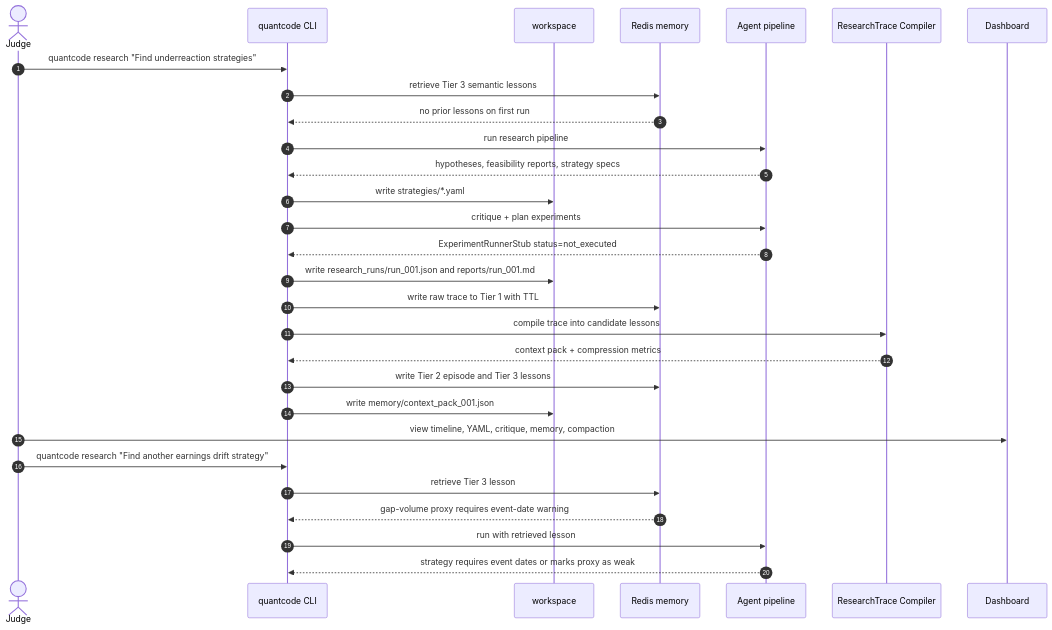
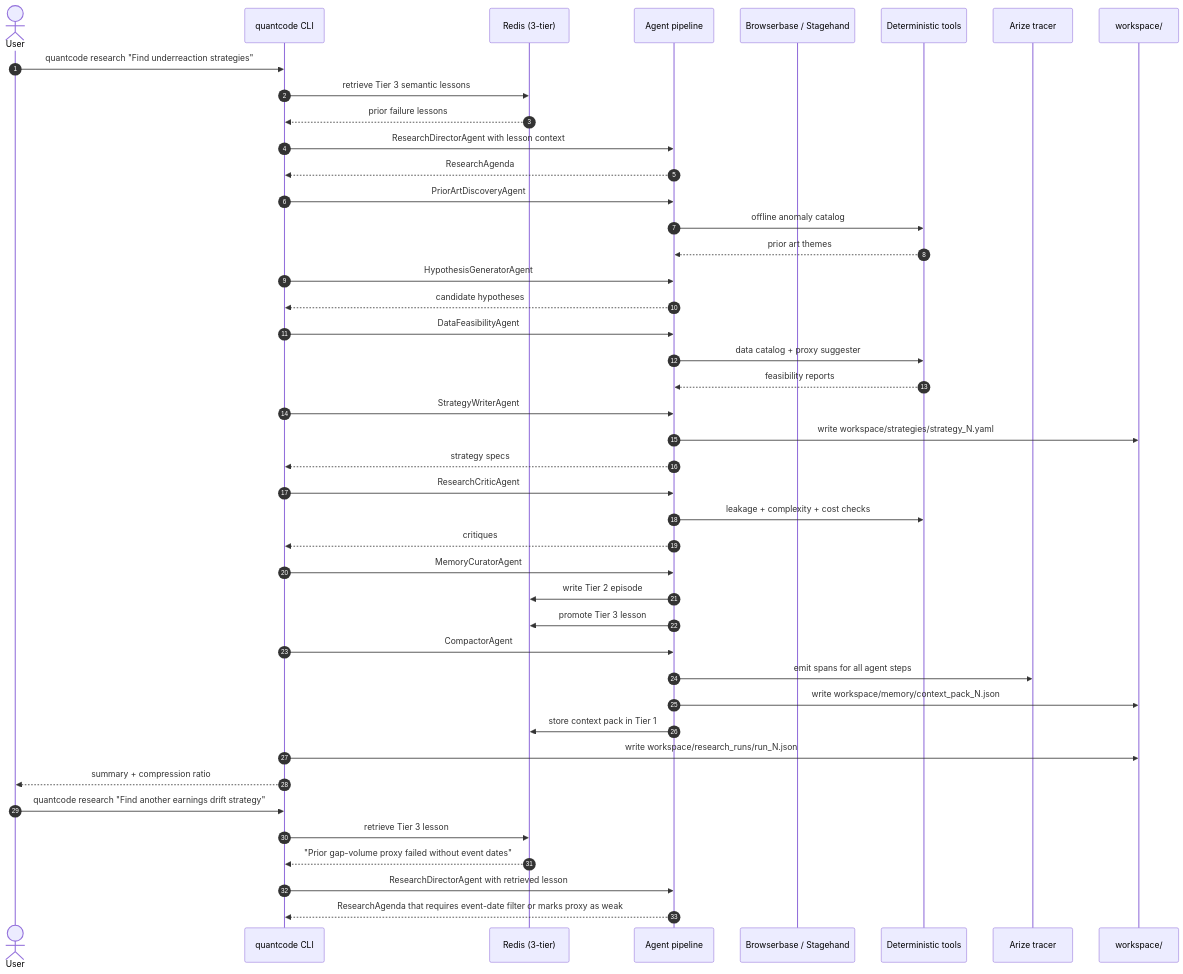
The fourth of 5 diagrams in docs/system_design_diagram.md (Ayush-Agarwal07/quant-code), drawn with Mermaid before and after one commit. The commit also changed other lines of this file, not shown here.

````diff
--- a/docs/system_design_diagram.md
+++ b/docs/system_design_diagram.md
@@ -169,33 +111,47 @@
 ```mermaid
 sequenceDiagram
     autonumber
-    actor Judge
+    actor User
     participant CLI as quantcode CLI
-    participant WS as workspace
-    participant Redis as Redis memory
+    participant Redis as Redis (3-tier)
     participant Agents as Agent pipeline
-    participant RTC as ResearchTrace Compiler
-    participant Dash as Dashboard
+    participant BB as Browserbase / Stagehand
+    participant Tools as Deterministic tools
+    participant Arize as Arize tracer
+    participant WS as workspace/
 
-    Judge->>CLI: quantcode research "Find underreaction strategies"
+    User->>CLI: quantcode research "Find underreaction strategies"
     CLI->>Redis: retrieve Tier 3 semantic lessons
-    Redis-->>CLI: no prior lessons on first run
-    CLI->>Agents: run research pipeline
-    Agents-->>CLI: hypotheses, feasibility reports, strategy specs
-    CLI->>WS: write strategies/*.yaml
-    CLI->>Agents: critique + plan experiments
-    Agents-->>CLI: ExperimentRunnerStub status=not_executed
-    CLI->>WS: write research_runs/run_001.json and reports/run_001.md
-    CLI->>Redis: write raw trace to Tier 1 with TTL
-    CLI->>RTC: compile trace into candidate lessons
-    RTC-->>CLI: context pack + compression metrics
-    CLI->>Redis: write Tier 2 episode and Tier 3 lessons
-    CLI->>WS: write memory/context_pack_001.json
-    Judge->>Dash: view timeline, YAML, critique, memory, compaction
+    Redis-->>CLI: prior failure lessons
+    CLI->>Agents: ResearchDirectorAgent with lesson context
+    Agents-->>CLI: ResearchAgenda
+    CLI->>Agents: PriorArtDiscoveryAgent
+    Agents->>Tools: offline anomaly catalog
+    Tools-->>Agents: prior art themes
+    CLI->>Agents: HypothesisGeneratorAgent
+    Agents-->>CLI: candidate hypotheses
+    CLI->>Agents: DataFeasibilityAgent
+    Agents->>Tools: data catalog + proxy suggester
+    Tools-->>Agents: feasibility reports
+    CLI->>Agents: StrategyWriterAgent
+    Agents->>WS: write workspace/strategies/strategy_N.yaml
+    Agents-->>CLI: strategy specs
+    CLI->>Agents: ResearchCriticAgent
+    Agents->>Tools: leakage + complexity + cost checks
+    Agents-->>CLI: critiques
+    CLI->>Agents: MemoryCuratorAgent
+    Agents->>Redis: write Tier 2 episode
+    Agents->>Redis: promote Tier 3 lesson
+    CLI->>Agents: CompactorAgent
+    Agents->>Arize: emit spans for all agent steps
+    Agents->>WS: write workspace/memory/context_pack_N.json
+    Agents->>Redis: store context pack in Tier 1
+    CLI->>WS: write workspace/research_runs/run_N.json
+    CLI-->>User: summary + compression ratio
 
-    Judge->>CLI: quantcode research "Find another earnings drift strategy"
+    User->>CLI: quantcode research "Find another earnings drift strategy"
     CLI->>Redis: retrieve Tier 3 lesson
-    Redis-->>CLI: gap-volume proxy requires event-date warning
-    CLI->>Agents: run with retrieved lesson
-    Agents-->>CLI: strategy requires event dates or marks proxy as weak
+    Redis-->>CLI: "Prior gap-volume proxy failed without event dates"
+    CLI->>Agents: ResearchDirectorAgent with retrieved lesson
+    Agents-->>CLI: ResearchAgenda that requires event-date filter or marks proxy as weak
 ```
````
